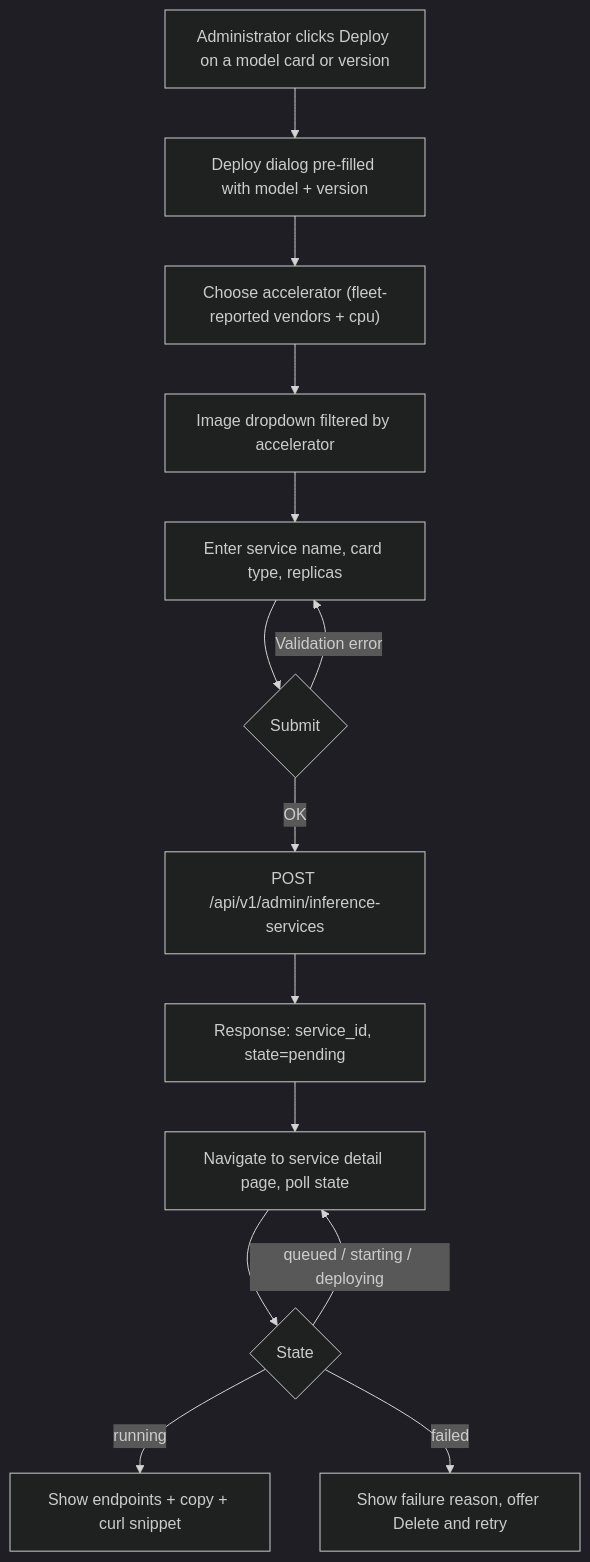
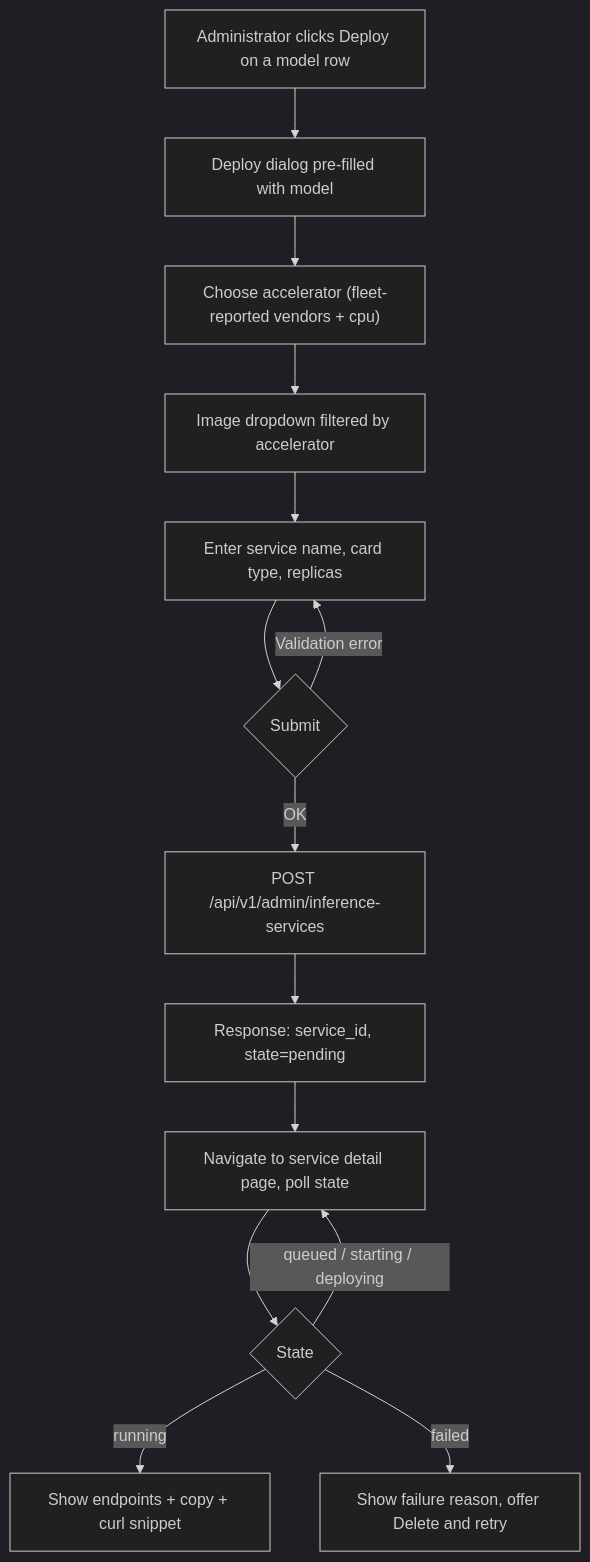
One commit to go-taas/go-taas changed the second of 4 diagrams in site/docs/design/model-catalog-deployment.md. Above: the diagram before and after it, drawn with Mermaid (dark theme). The commit also changed other lines of this file and 71 other files, not shown here.

````diff
--- a/site/docs/design/model-catalog-deployment.md
+++ b/site/docs/design/model-catalog-deployment.md
@@ -175,16 +175,16 @@
 ```mermaid
 flowchart TD
-    A["Administrator clicks Deploy on a model card or version"] --> B["Deploy dialog pre-filled with model + version"]
+    A["Administrator clicks Deploy on a model row"] --> B["Deploy dialog pre-filled with model"]
     B --> C["Choose accelerator (fleet-reported vendors + cpu)"]
     C --> D["Image dropdown filtered by accelerator"]
     D --> E["Enter service name, card type, replicas"]
     E --> F{Submit}
     F -->|Validation error| E
     F -->|OK| G["POST /api/v1/admin/inference-services"]
     G --> H["Response: service_id, state=pending"]
     H --> I["Navigate to service detail page, poll state"]
     I --> J{State}
     J -->|queued / starting / deploying| I
     J -->|running| K["Show endpoints + copy + curl snippet"]
     J -->|failed| L["Show failure reason, offer Delete and retry"]
 ```
````
